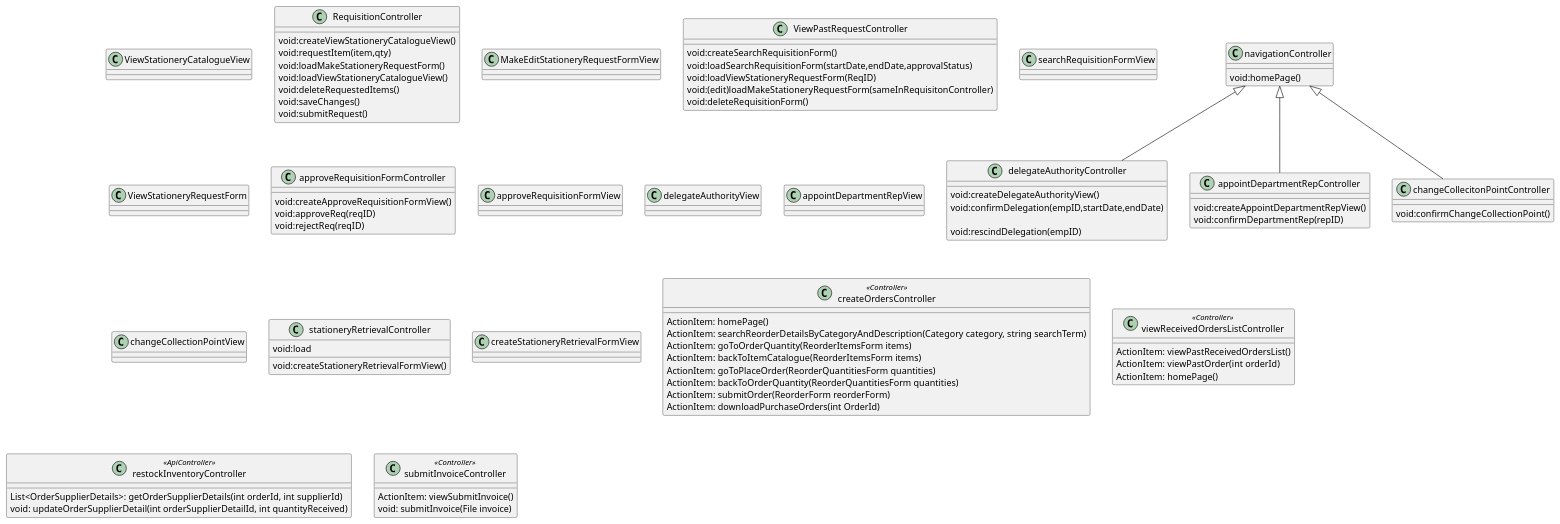
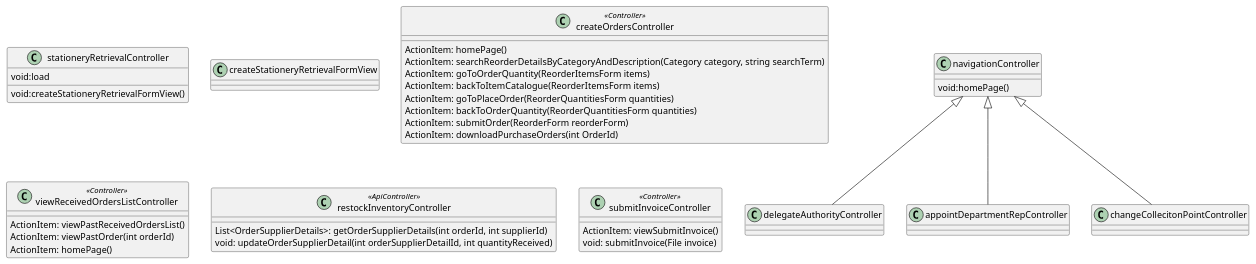
Before and after one commit to SA46Team5a/AD---ClassAndSequenceDiagram: the diagram in controllers.wsd, drawn with PlantUML. The commit also changed other lines of this file and 4 other files, not shown here.

```diff
--- a/controllers.wsd
+++ b/controllers.wsd
@@ -1,113 +1,46 @@
 @startuml
 navigationController ^-- delegateAuthorityController
 navigationController ^-- appointDepartmentRepController
 navigationController ^-- changeCollecitonPointController
 class navigationController{
     void:homePage()
 }
 
-class ViewStationeryCatalogueView{
-}
-
-class RequisitionController{
-    void:createViewStationeryCatalogueView()
-    void:requestItem(item,qty)
-    void:loadMakeStationeryRequestForm()
-    void:loadViewStationeryCatalogueView()
-    void:deleteRequestedItems()
-    void:saveChanges()
-    void:submitRequest()
-}
-
-class MakeEditStationeryRequestFormView{
-}
-class ViewPastRequestController{
-    void:createSearchRequisitionForm()
-    void:loadSearchRequisitionForm(startDate,endDate,approvalStatus)
-    void:loadViewStationeryRequestForm(ReqID)
-    void:(edit)loadMakeStationeryRequestForm(sameInRequisitonController)
-    void:deleteRequisitionForm()
-}
-class searchRequisitionFormView{
-
-}
-class ViewStationeryRequestForm{
-
-}
-
-class approveRequisitionFormController{
-    void:createApproveRequisitionFormView()
-    void:approveReq(reqID)
-    void:rejectReq(reqID)
-}
-
-class approveRequisitionFormView{
-
-}
-
-
- class delegateAuthorityController{
-    void:createDelegateAuthorityView()
-    void:confirmDelegation(empID,startDate,endDate)
-
-    void:rescindDelegation(empID)
-}
-
-class delegateAuthorityView{
-
-}
-
-class appointDepartmentRepController{
-    void:createAppointDepartmentRepView()
-    void:confirmDepartmentRep(repID)
-
-}
-
-class appointDepartmentRepView{
-
-}
-
-class changeCollecitonPointController{
-    void:confirmChangeCollectionPoint()
-}
-
-class changeCollectionPointView{
-
-}
 class stationeryRetrievalController{
     void:createStationeryRetrievalFormView()
     void:load
 }
 class createStationeryRetrievalFormView{
 
 }
 
 ' Ordering Package
 class createOrdersController <<Controller>> {
     ActionItem: homePage()
     ActionItem: searchReorderDetailsByCategoryAndDescription(Category category, string searchTerm)
     ActionItem: goToOrderQuantity(ReorderItemsForm items)
     ActionItem: backToItemCatalogue(ReorderItemsForm items)
     ActionItem: goToPlaceOrder(ReorderQuantitiesForm quantities)
     ActionItem: backToOrderQuantity(ReorderQuantitiesForm quantities)
     ActionItem: submitOrder(ReorderForm reorderForm)
     ActionItem: downloadPurchaseOrders(int OrderId)
 }
 
 class viewReceivedOrdersListController <<Controller>> {
     ' serves as back route from Received Orders Details page
     ActionItem: viewPastReceivedOrdersList()
     ActionItem: viewPastOrder(int orderId)
     ActionItem: homePage()
 }
 
 class restockInventoryController <<ApiController>> {
     List<OrderSupplierDetails>: getOrderSupplierDetails(int orderId, int supplierId)
     void: updateOrderSupplierDetail(int orderSupplierDetailId, int quantityReceived)
 }
 
 class submitInvoiceController <<Controller>> {
     ActionItem: viewSubmitInvoice()
     void: submitInvoice(File invoice)
 }
+
 @enduml
```
